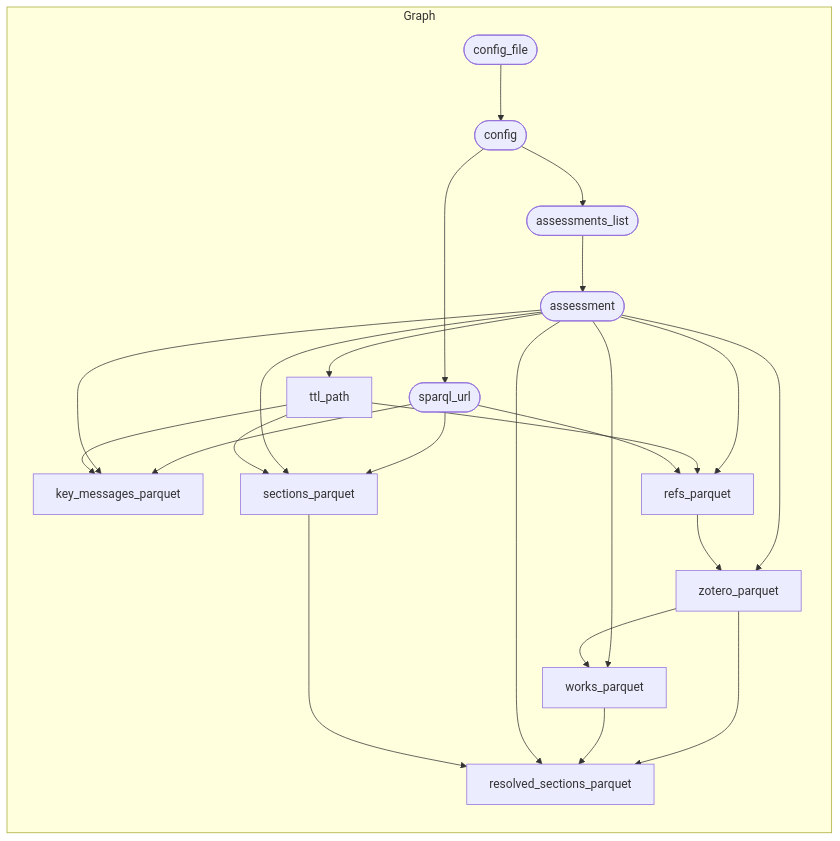
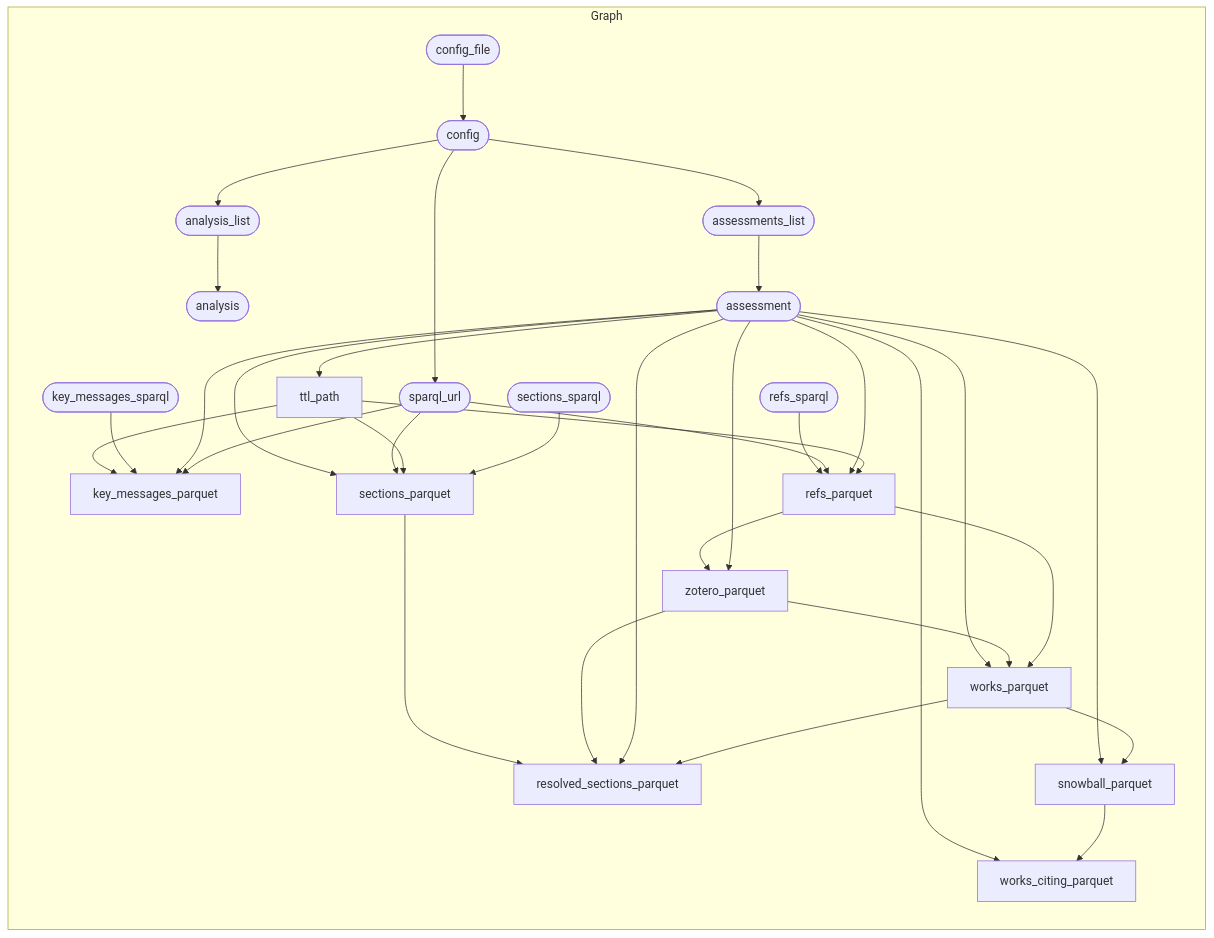
One commit to IPBES-Data/IPBES_BM_Fact_Checker changed the diagram in input/mmd/pipeline.mmd. Above: the diagram before and after it, drawn with Mermaid. The commit also changed 12 other files, not shown here.

First line of the commit message:
Add snowball and works_citing targets; partition works by assessment/km/bm

```diff
--- a/input/mmd/pipeline.mmd
+++ b/input/mmd/pipeline.mmd
@@ -1,27 +1,37 @@
 graph TD
   subgraph Graph
     direction TD
+    x63a1542820687fc8(["analysis_list"]) --> xf0254a5524e3a161(["analysis"])
+    x20aa1e7dd2a106e5(["config"]) --> x63a1542820687fc8(["analysis_list"])
     xf8f6f156e3c3b679(["assessments_list"]) --> x7096e63b1af7fc2e(["assessment"])
     x20aa1e7dd2a106e5(["config"]) --> xf8f6f156e3c3b679(["assessments_list"])
     x9909b451a6a56060(["config_file"]) --> x20aa1e7dd2a106e5(["config"])
+    xda2ef7d9d7074388["ttl_path"] --> x1b5c1cdf9ba064e4["key_messages_parquet"]
+    x71e70b33567e8c77(["key_messages_sparql"]) --> x1b5c1cdf9ba064e4["key_messages_parquet"]
+    x7096e63b1af7fc2e(["assessment"]) --> x1b5c1cdf9ba064e4["key_messages_parquet"]
     xcae032f895dcdbee(["sparql_url"]) --> x1b5c1cdf9ba064e4["key_messages_parquet"]
-    x7096e63b1af7fc2e(["assessment"]) --> x1b5c1cdf9ba064e4["key_messages_parquet"]
-    xda2ef7d9d7074388["ttl_path"] --> x1b5c1cdf9ba064e4["key_messages_parquet"]
+    xf258716a437e6a24(["refs_sparql"]) --> x4c5608b5b57c599b["refs_parquet"]
+    xcae032f895dcdbee(["sparql_url"]) --> x4c5608b5b57c599b["refs_parquet"]
     x7096e63b1af7fc2e(["assessment"]) --> x4c5608b5b57c599b["refs_parquet"]
     xda2ef7d9d7074388["ttl_path"] --> x4c5608b5b57c599b["refs_parquet"]
-    xcae032f895dcdbee(["sparql_url"]) --> x4c5608b5b57c599b["refs_parquet"]
+    xc27197d40d6acf57["sections_parquet"] --> x65df84899286d535["resolved_sections_parquet"]
     xe6d26d705b0e239b["zotero_parquet"] --> x65df84899286d535["resolved_sections_parquet"]
+    x7096e63b1af7fc2e(["assessment"]) --> x65df84899286d535["resolved_sections_parquet"]
     x31e4fc98a3c6921c["works_parquet"] --> x65df84899286d535["resolved_sections_parquet"]
-    x7096e63b1af7fc2e(["assessment"]) --> x65df84899286d535["resolved_sections_parquet"]
-    xc27197d40d6acf57["sections_parquet"] --> x65df84899286d535["resolved_sections_parquet"]
+    x7096e63b1af7fc2e(["assessment"]) --> xc27197d40d6acf57["sections_parquet"]
     xcae032f895dcdbee(["sparql_url"]) --> xc27197d40d6acf57["sections_parquet"]
-    x7096e63b1af7fc2e(["assessment"]) --> xc27197d40d6acf57["sections_parquet"]
     xda2ef7d9d7074388["ttl_path"] --> xc27197d40d6acf57["sections_parquet"]
+    xbaf7d5ee2a70bea4(["sections_sparql"]) --> xc27197d40d6acf57["sections_parquet"]
+    x7096e63b1af7fc2e(["assessment"]) --> xdb22778f9ff9b079["snowball_parquet"]
+    x31e4fc98a3c6921c["works_parquet"] --> xdb22778f9ff9b079["snowball_parquet"]
     x20aa1e7dd2a106e5(["config"]) --> xcae032f895dcdbee(["sparql_url"])
     x7096e63b1af7fc2e(["assessment"]) --> xda2ef7d9d7074388["ttl_path"]
+    x7096e63b1af7fc2e(["assessment"]) --> x6bd40d1623e4b2a6["works_citing_parquet"]
+    xdb22778f9ff9b079["snowball_parquet"] --> x6bd40d1623e4b2a6["works_citing_parquet"]
     x7096e63b1af7fc2e(["assessment"]) --> x31e4fc98a3c6921c["works_parquet"]
     xe6d26d705b0e239b["zotero_parquet"] --> x31e4fc98a3c6921c["works_parquet"]
+    x4c5608b5b57c599b["refs_parquet"] --> x31e4fc98a3c6921c["works_parquet"]
+    x4c5608b5b57c599b["refs_parquet"] --> xe6d26d705b0e239b["zotero_parquet"]
     x7096e63b1af7fc2e(["assessment"]) --> xe6d26d705b0e239b["zotero_parquet"]
-    x4c5608b5b57c599b["refs_parquet"] --> xe6d26d705b0e239b["zotero_parquet"]
     
   end
```
